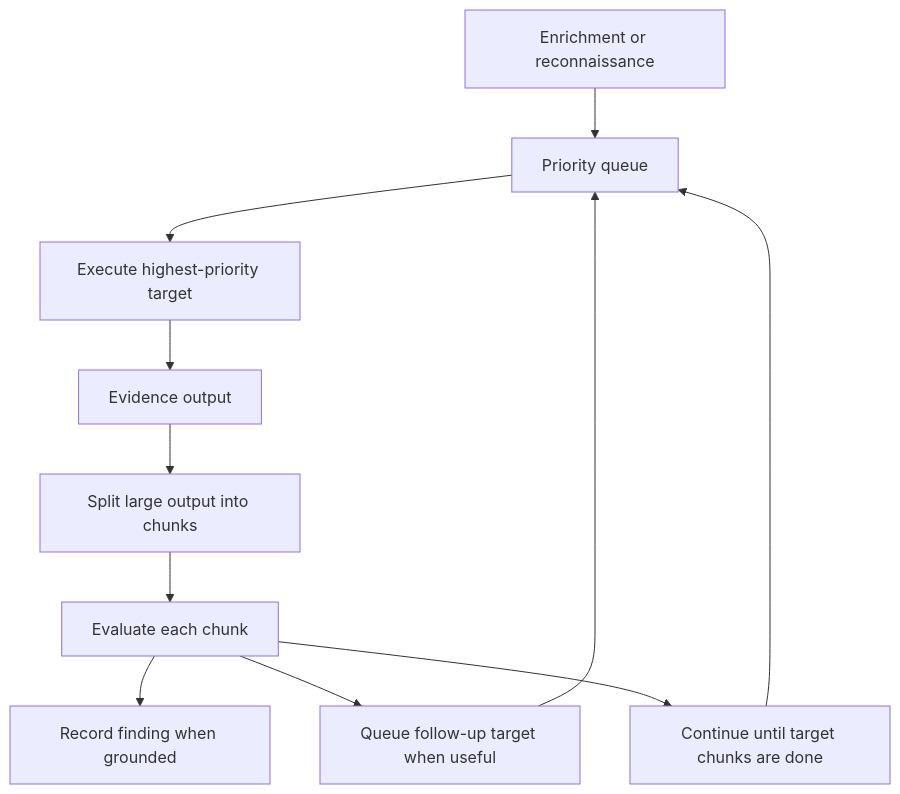
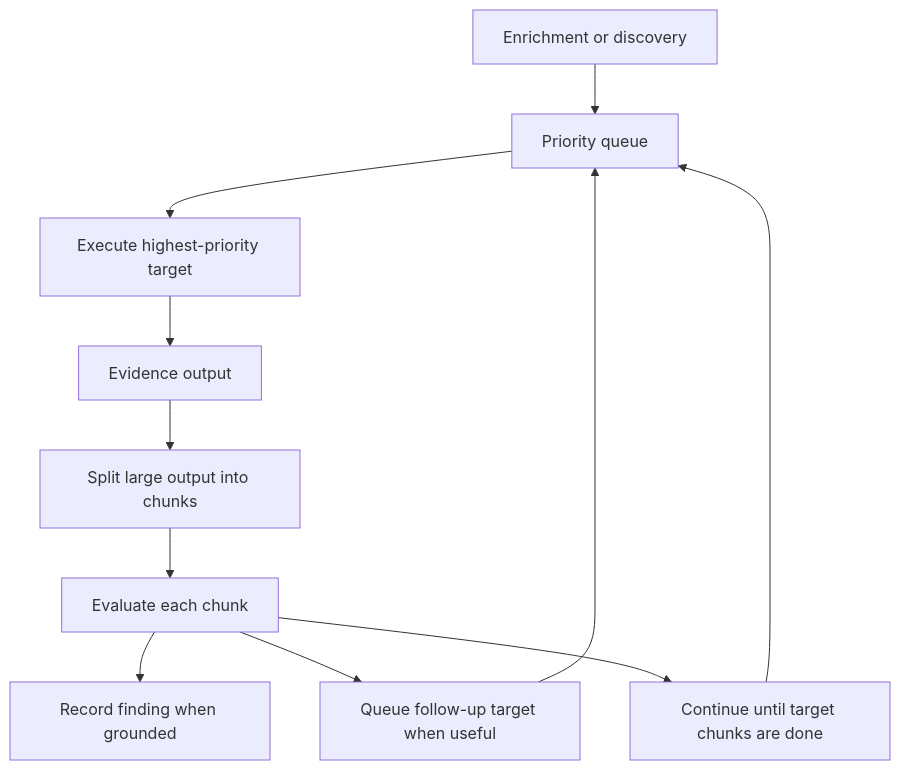
The diagram in docs/phases/reversing.md (pablo-972/AIM), drawn with Mermaid before and after one commit. The commit also changed other lines of this file and 16 other files, not shown here.

````diff
--- a/docs/phases/reversing.md
+++ b/docs/phases/reversing.md
@@ -29,13 +29,13 @@
 ```mermaid
 flowchart TD
-    Seed[Enrichment or reconnaissance] --> Queue[Priority queue]
+    Seed[Enrichment or discovery] --> Queue[Priority queue]
     Queue --> Target[Execute highest-priority target]
     Target --> Output[Evidence output]
     Output --> Chunks[Split large output into chunks]
     Chunks --> Evaluate[Evaluate each chunk]
     Evaluate --> Finding[Record finding when grounded]
     Evaluate --> FollowUp[Queue follow-up target when useful]
     FollowUp --> Queue
     Evaluate --> Next[Continue until target chunks are done]
     Next --> Queue
 ```
````
